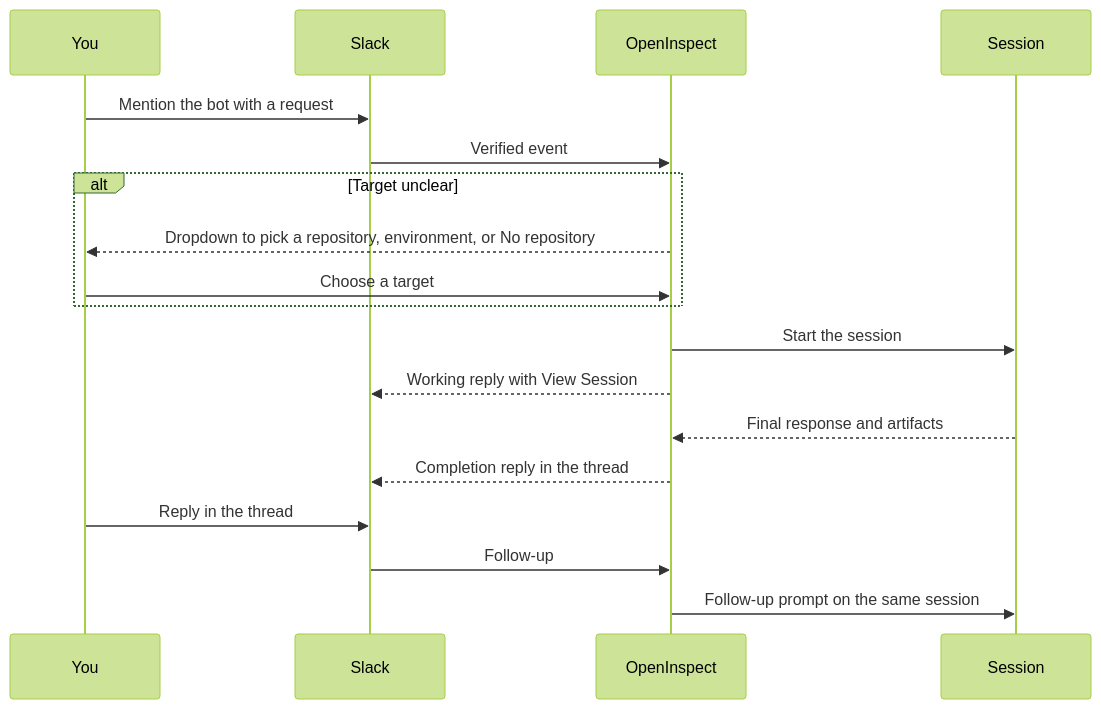
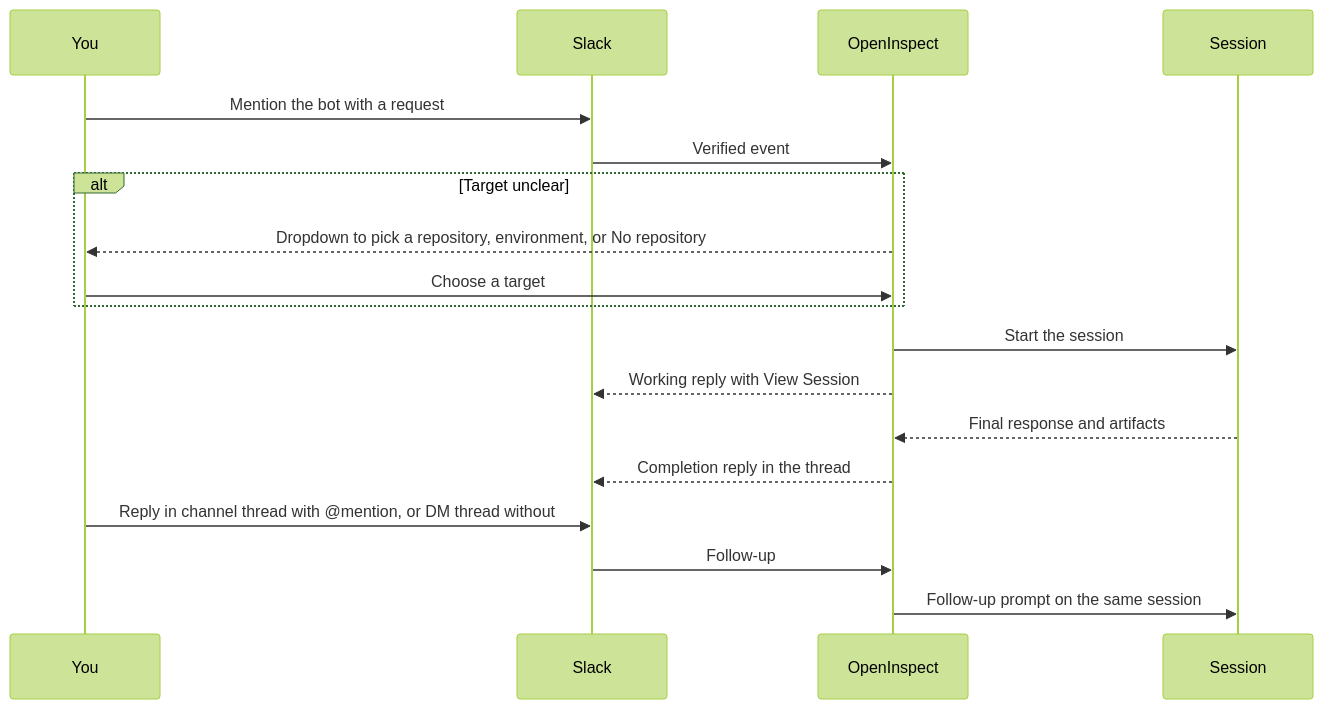
Before and after one commit to ColeMurray/background-agents: the diagram in packages/docs/content/docs/integrations/slack.mdx, drawn with Mermaid (forest theme). The commit also changed other lines of this file and 24 other files, not shown here.

````diff
--- a/packages/docs/content/docs/integrations/slack.mdx
+++ b/packages/docs/content/docs/integrations/slack.mdx
@@ -54,21 +54,21 @@
 ```mermaid
 sequenceDiagram
     accTitle: Sequence of a Slack request and its thread replies
     participant You
     participant Slack
     participant OI as OpenInspect
     participant Session
     You->>Slack: Mention the bot with a request
     Slack->>OI: Verified event
     alt Target unclear
         OI-->>You: Dropdown to pick a repository, environment, or No repository
         You->>OI: Choose a target
     end
     OI->>Session: Start the session
     OI-->>Slack: Working reply with View Session
     Session-->>OI: Final response and artifacts
     OI-->>Slack: Completion reply in the thread
-    You->>Slack: Reply in the thread
+    You->>Slack: Reply in channel thread with @mention, or DM thread without
     Slack->>OI: Follow-up
     OI->>Session: Follow-up prompt on the same session
 ```
````
